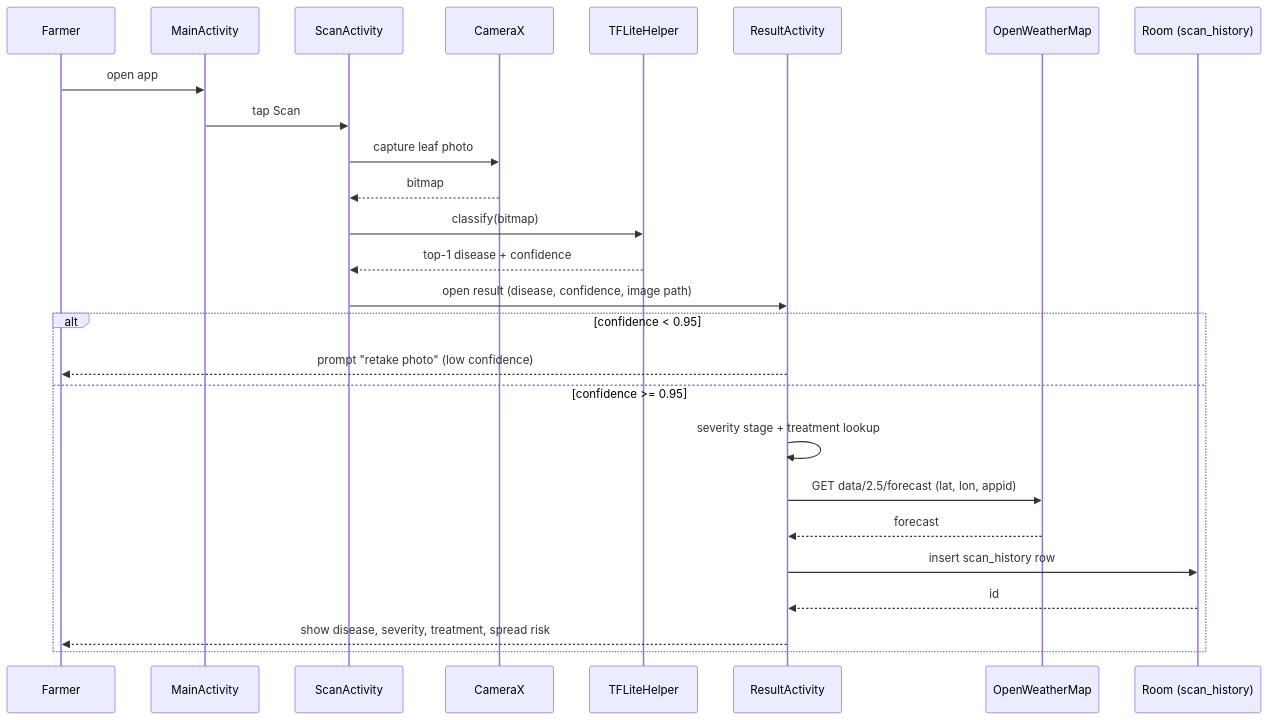
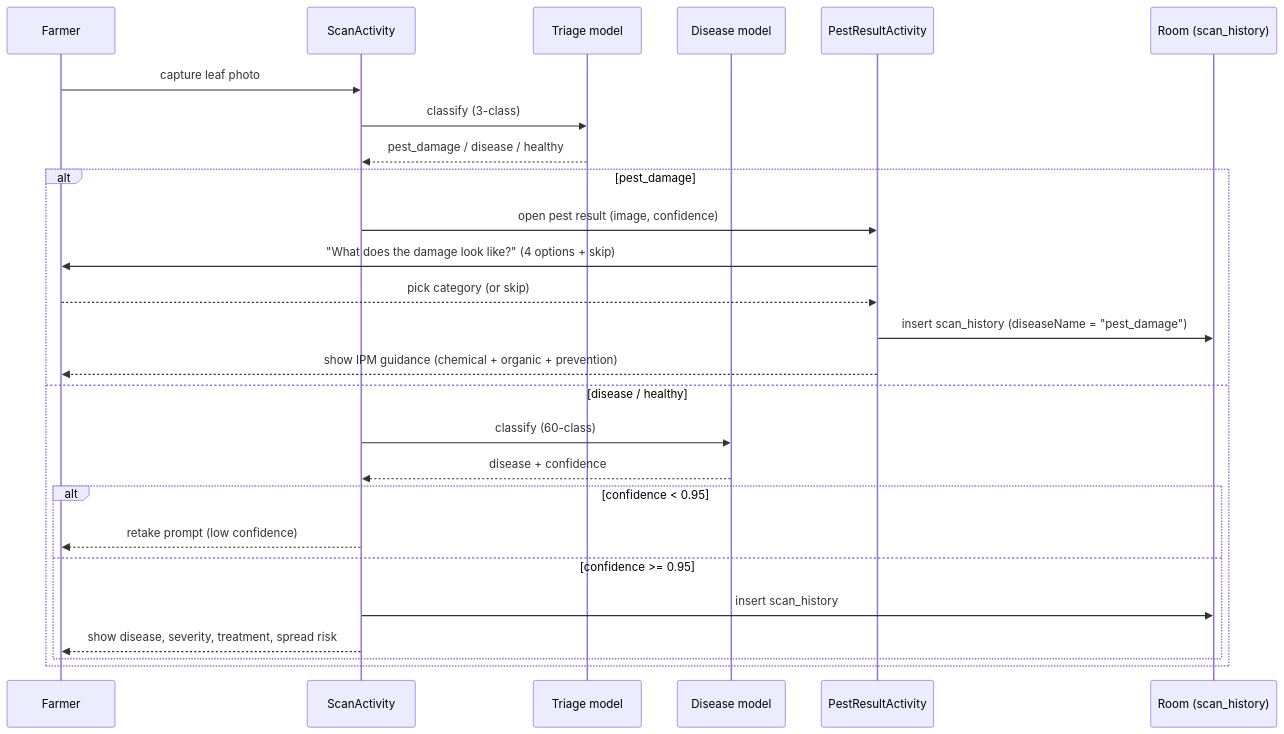
One commit to FL4SH58K/AgroVeyra changed the fifth of 7 diagrams in docs/diagrams.md. Above: the diagram before and after it, drawn with Mermaid. The commit also changed other lines of this file, not shown here.

Commit message:
Update system diagrams for the three-model triage architecture

````diff
--- a/docs/diagrams.md
+++ b/docs/diagrams.md
@@ -89,29 +103,29 @@
 ```mermaid
 sequenceDiagram
     participant U as Farmer
-    participant MA as MainActivity
     participant SA as ScanActivity
-    participant CAM as CameraX
-    participant TF as TFLiteHelper
-    participant RA as ResultActivity
-    participant OWM as OpenWeatherMap
+    participant TRI as Triage model
+    participant DM as Disease model
+    participant PRA as PestResultActivity
     participant DB as Room (scan_history)
 
-    U->>MA: open app
-    MA->>SA: tap Scan
-    SA->>CAM: capture leaf photo
-    CAM-->>SA: bitmap
-    SA->>TF: classify(bitmap)
-    TF-->>SA: top-1 disease + confidence
-    SA->>RA: open result (disease, confidence, image path)
-    alt confidence < 0.95
-        RA-->>U: prompt "retake photo" (low confidence)
-    else confidence >= 0.95
-        RA->>RA: severity stage + treatment lookup
-        RA->>OWM: GET data/2.5/forecast (lat, lon, appid)
-        OWM-->>RA: forecast
-        RA->>DB: insert scan_history row
-        DB-->>RA: id
-        RA-->>U: show disease, severity, treatment, spread risk
+    U->>SA: capture leaf photo
+    SA->>TRI: classify (3-class)
+    TRI-->>SA: pest_damage / disease / healthy
+    alt pest_damage
+        SA->>PRA: open pest result (image, confidence)
+        PRA->>U: "What does the damage look like?" (4 options + skip)
+        U-->>PRA: pick category (or skip)
+        PRA->>DB: insert scan_history (diseaseName = "pest_damage")
+        PRA-->>U: show IPM guidance (chemical + organic + prevention)
+    else disease / healthy
+        SA->>DM: classify (60-class)
+        DM-->>SA: disease + confidence
+        alt confidence < 0.95
+            SA-->>U: retake prompt (low confidence)
+        else confidence >= 0.95
+            SA->>DB: insert scan_history
+            SA-->>U: show disease, severity, treatment, spread risk
+        end
     end
 ```
````
